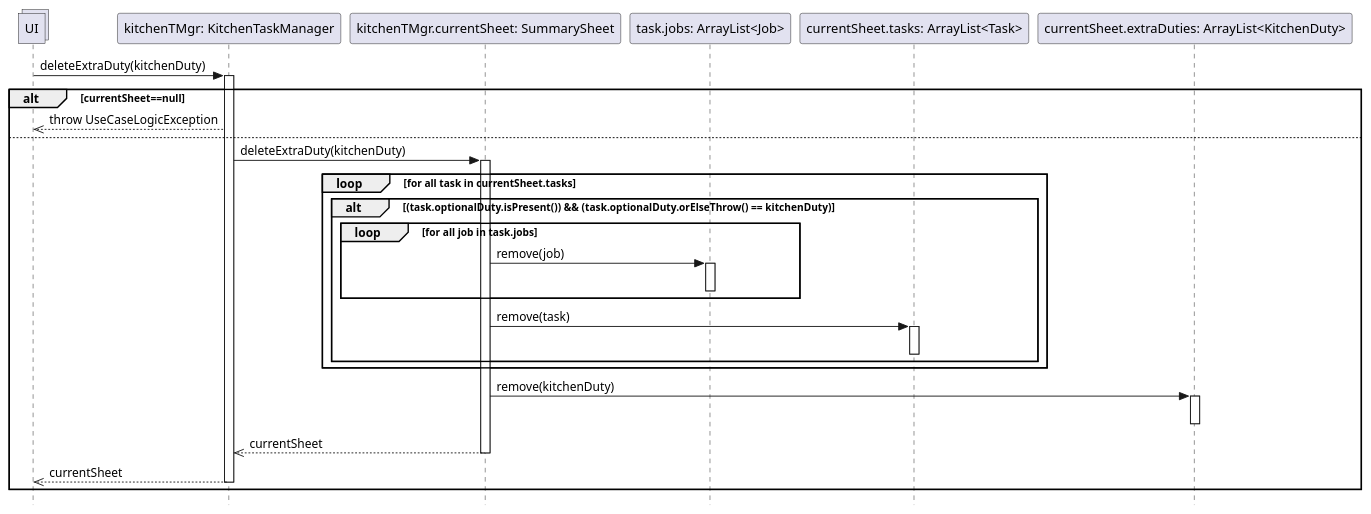
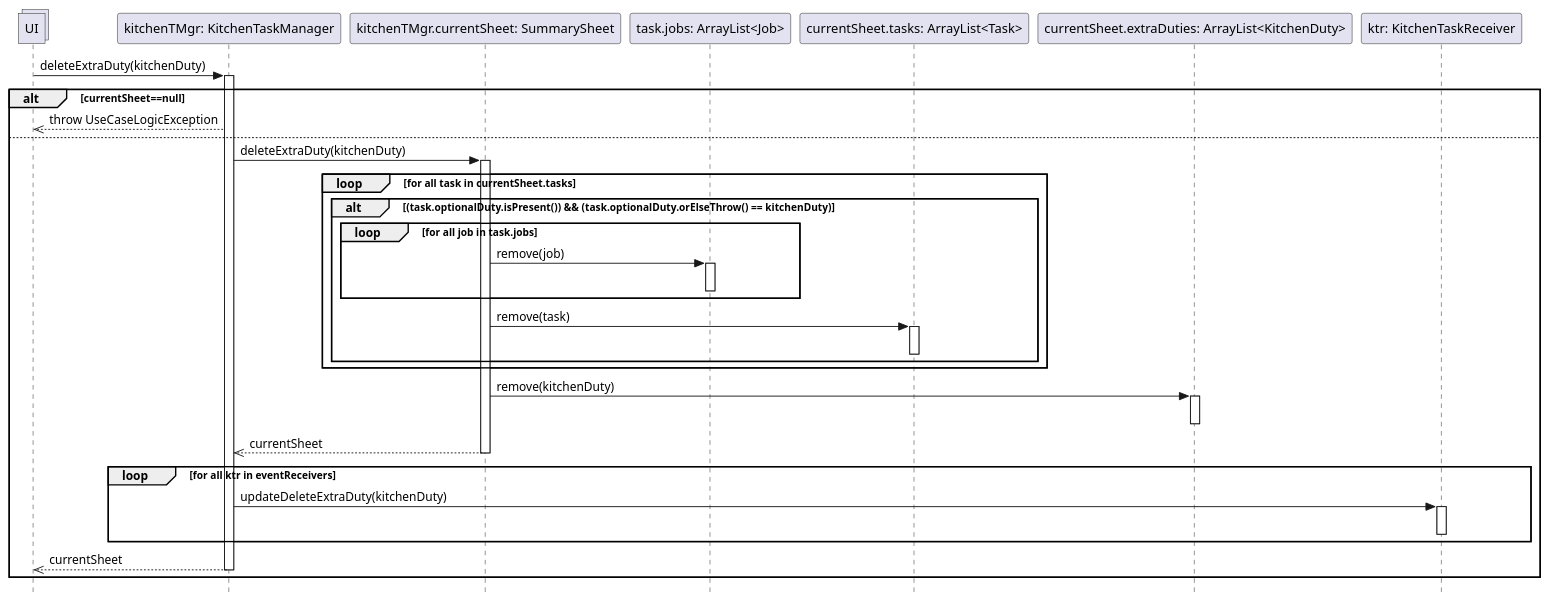
The diagram in DSD Operazione 2a.1.puml (stefa168/sas-project), drawn with PlantUML before and after one commit. The commit also changed 5 other files, not shown here.

```diff
--- a/DSD Operazione 2a.1.puml
+++ b/DSD Operazione 2a.1.puml
@@ -1,47 +1,56 @@
 @startuml Operazione 2a.1
 skinparam Style strictuml
 
 collections UI
 
 participant "kitchenTMgr: KitchenTaskManager" as ktm
 UI -> ktm: deleteExtraDuty(kitchenDuty)
 activate ktm
 
 alt currentSheet==null
     UI <<-- ktm: throw UseCaseLogicException
 else
     participant "kitchenTMgr.currentSheet: SummarySheet" as ss
     ktm -> ss: deleteExtraDuty(kitchenDuty)
     activate ss
 
     loop for all task in currentSheet.tasks
         alt (task.optionalDuty.isPresent()) && (task.optionalDuty.orElseThrow() == kitchenDuty)
             loop for all job in task.jobs
                 participant "task.jobs: ArrayList<Job>" as j
                 ss -> j: remove(job)
                 activate j
                 deactivate j
             end
 
             participant "currentSheet.tasks: ArrayList<Task>" as tasks
             ss -> tasks: remove(task)
             activate tasks
             deactivate tasks
         end
     end
     
     participant "currentSheet.extraDuties: ArrayList<KitchenDuty>" as kdList
     ss -> kdList: remove(kitchenDuty)
     activate kdList
     deactivate kdList
     
     ktm <<-- ss: currentSheet
     deactivate ss
 
+    participant "ktr: KitchenTaskReceiver" as ktr
+
+
+    loop for all ktr in eventReceivers
+        ktm -> ktr : updateDeleteExtraDuty(kitchenDuty)
+        activate ktr
+        deactivate ktr
+    end
+
     UI <<-- ktm : currentSheet
     deactivate ktm
 
     
 end
 
 @enduml
```
